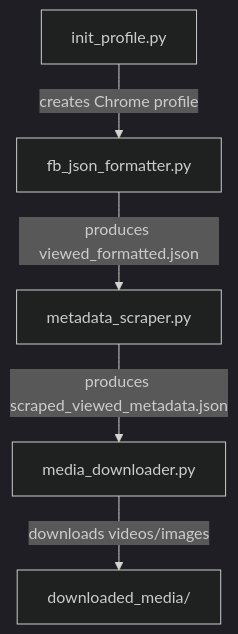
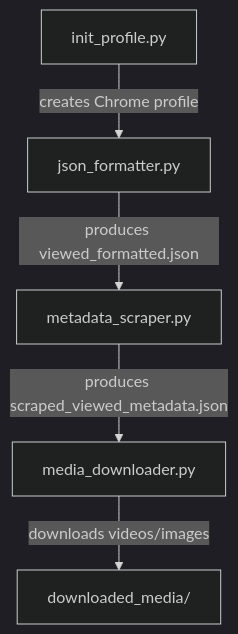
The diagram in Facebook/README.md (Kgpianghosh006/Metadata_Extraction), drawn with Mermaid (dark theme) before and after one commit.

Commit message:
Fix filename in workflow diagram in README

````diff
--- a/Facebook/README.md
+++ b/Facebook/README.md
@@ -33,7 +33,7 @@
 ```mermaid
 flowchart TD
-    A[init_profile.py] -->|creates Chrome profile| B[fb_json_formatter.py]
+    A[init_profile.py] -->|creates Chrome profile| B[json_formatter.py]
     B -->|produces viewed_formatted.json| C[metadata_scraper.py]
     C -->|produces scraped_viewed_metadata.json| D[media_downloader.py]
     D -->|downloads videos/images| E[downloaded_media/]
 ```
````
